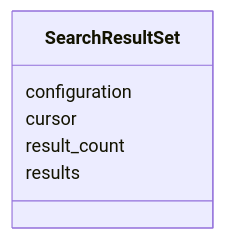
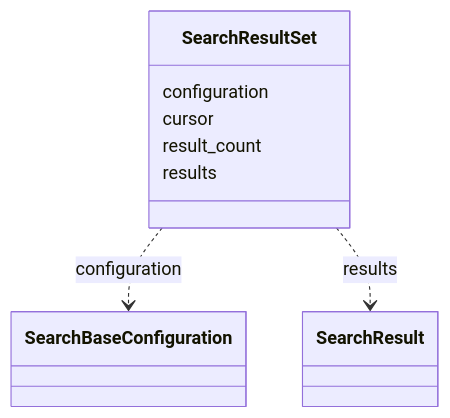
Before and after one commit to INCATools/ontology-access-kit: the diagram in search/SearchResultSet.md, drawn with Mermaid. The commit also changed other lines of this file and 1783 other files, not shown here.

````diff
--- a/search/SearchResultSet.md
+++ b/search/SearchResultSet.md
@@ -9,9 +9,17 @@
 ```{mermaid}
  classDiagram
     class SearchResultSet
       SearchResultSet : configuration
+        
+          SearchResultSet ..> SearchBaseConfiguration : configuration
+        
       SearchResultSet : cursor
+        
       SearchResultSet : result_count
+        
       SearchResultSet : results
+        
+          SearchResultSet ..> SearchResult : results
+        
       
 ```
````
